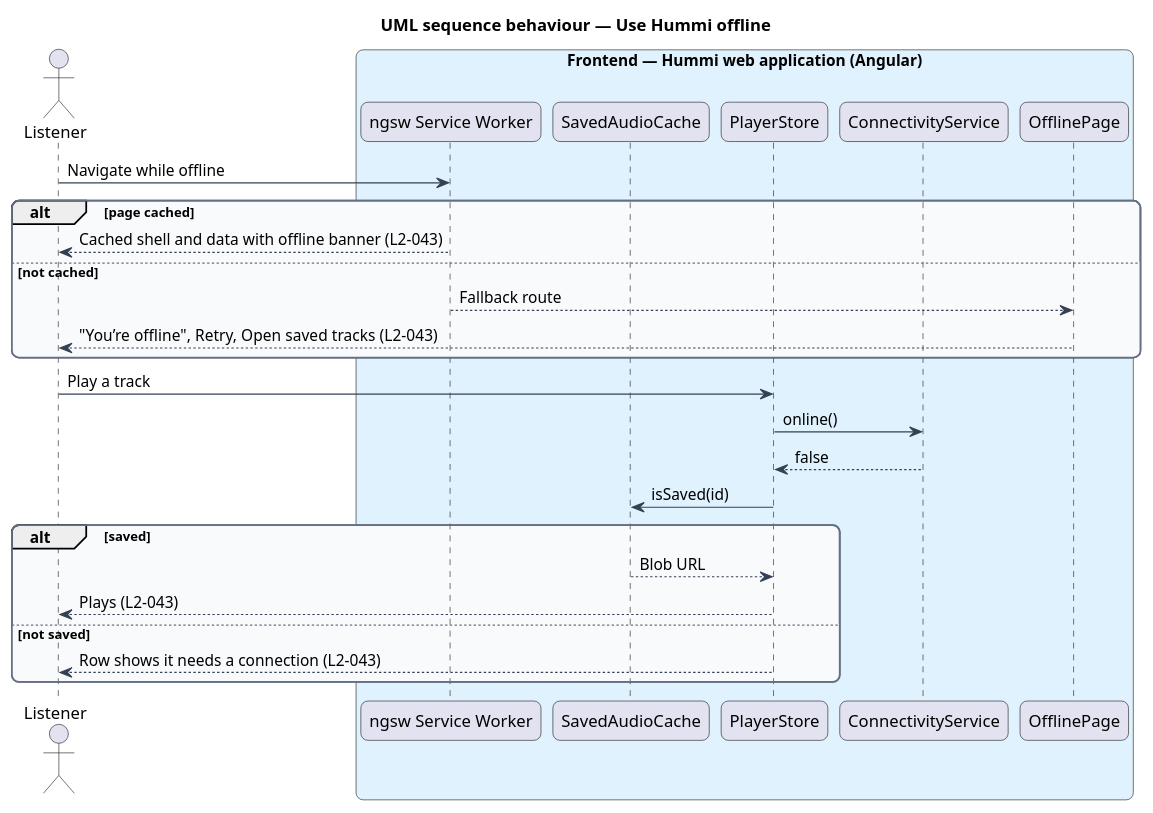
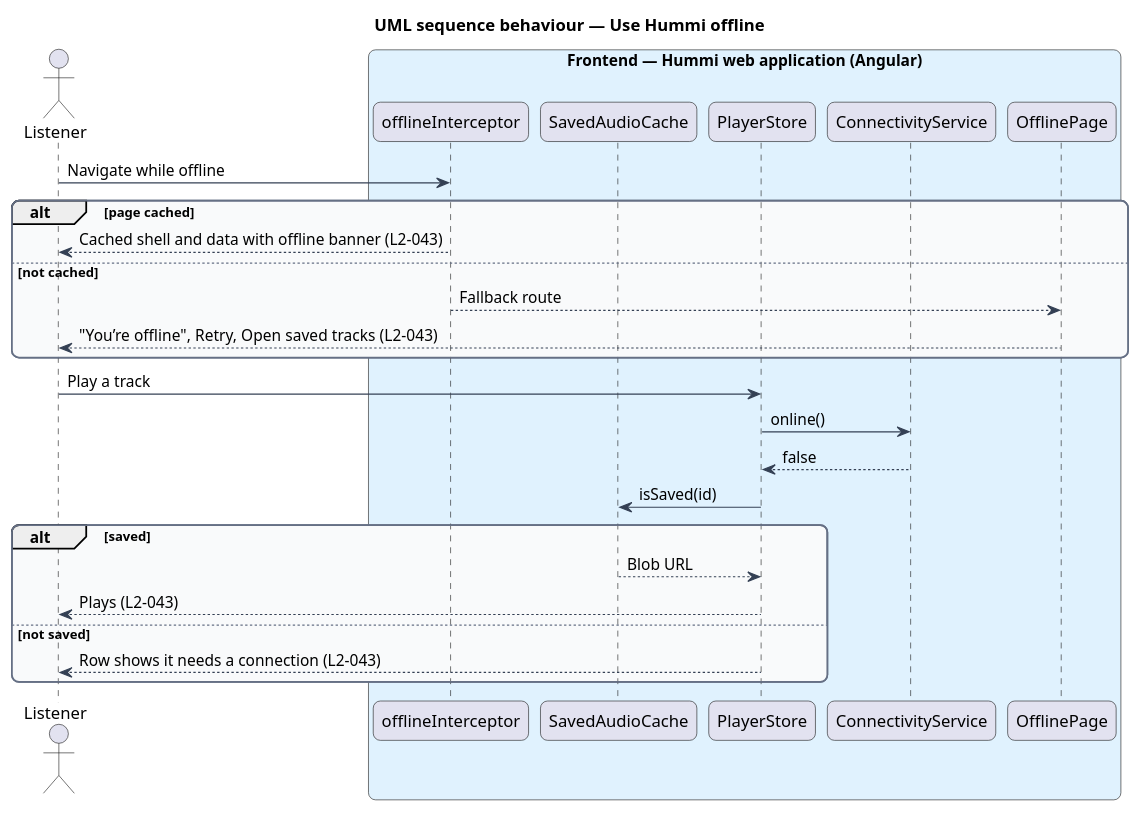
Before and after one commit to QuinntyneBrown/hummi: the diagram in docs/detailed-designs/system-feedback/work-offline/diagrams/sequence-offline.puml, drawn with PlantUML. The commit also changed 28 other files, not shown here.

```diff
--- a/docs/detailed-designs/system-feedback/work-offline/diagrams/sequence-offline.puml
+++ b/docs/detailed-designs/system-feedback/work-offline/diagrams/sequence-offline.puml
@@ -1,42 +1,42 @@
 @startuml
 title UML sequence behaviour — Use Hummi offline
 skinparam backgroundColor #FFFFFF
 skinparam shadowing false
 skinparam roundcorner 12
 skinparam defaultFontName Arial
 skinparam ArrowColor #344054
 skinparam rectangle {
   BorderColor #344054
   FontColor #101828
 }
 skinparam package {
   BorderColor #667085
   FontColor #101828
   BackgroundColor #F9FAFB
 }
 actor "Listener" as u
 box "Frontend — Hummi web application (Angular)" #E0F2FE
-  participant "ngsw Service Worker" as sw
+  participant "offlineInterceptor" as sw
   participant "SavedAudioCache" as audiocache
   participant "PlayerStore" as player
   participant "ConnectivityService" as net
   participant "OfflinePage" as offline
 end box
 u -> sw : Navigate while offline
 alt page cached
   sw --> u : Cached shell and data with offline banner (L2-043)
 else not cached
   sw --> offline : Fallback route
   offline --> u : "You’re offline", Retry, Open saved tracks (L2-043)
 end
 u -> player : Play a track
 player -> net : online()
 net --> player : false
 player -> audiocache : isSaved(id)
 alt saved
   audiocache --> player : Blob URL
   player --> u : Plays (L2-043)
 else not saved
   player --> u : Row shows it needs a connection (L2-043)
 end
 @enduml
```
